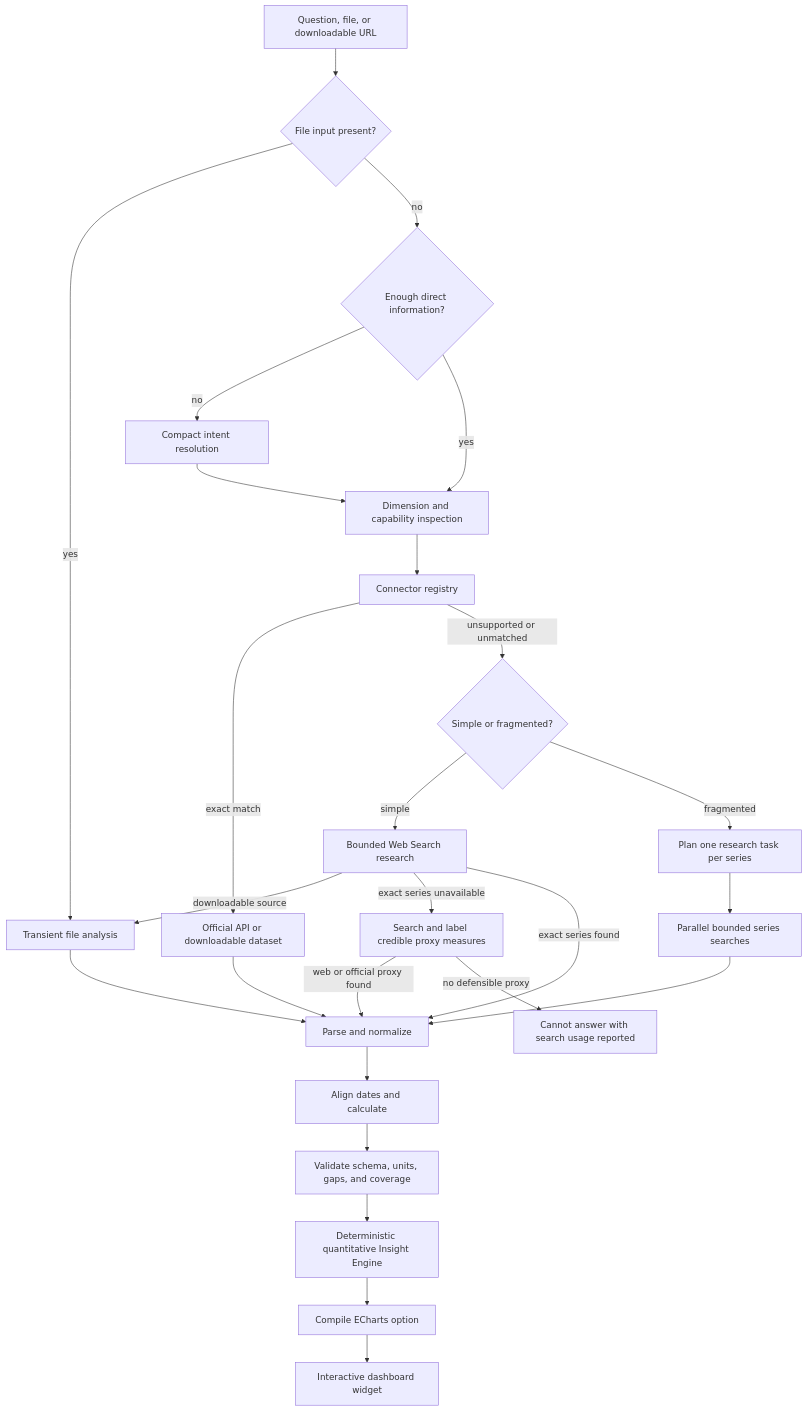
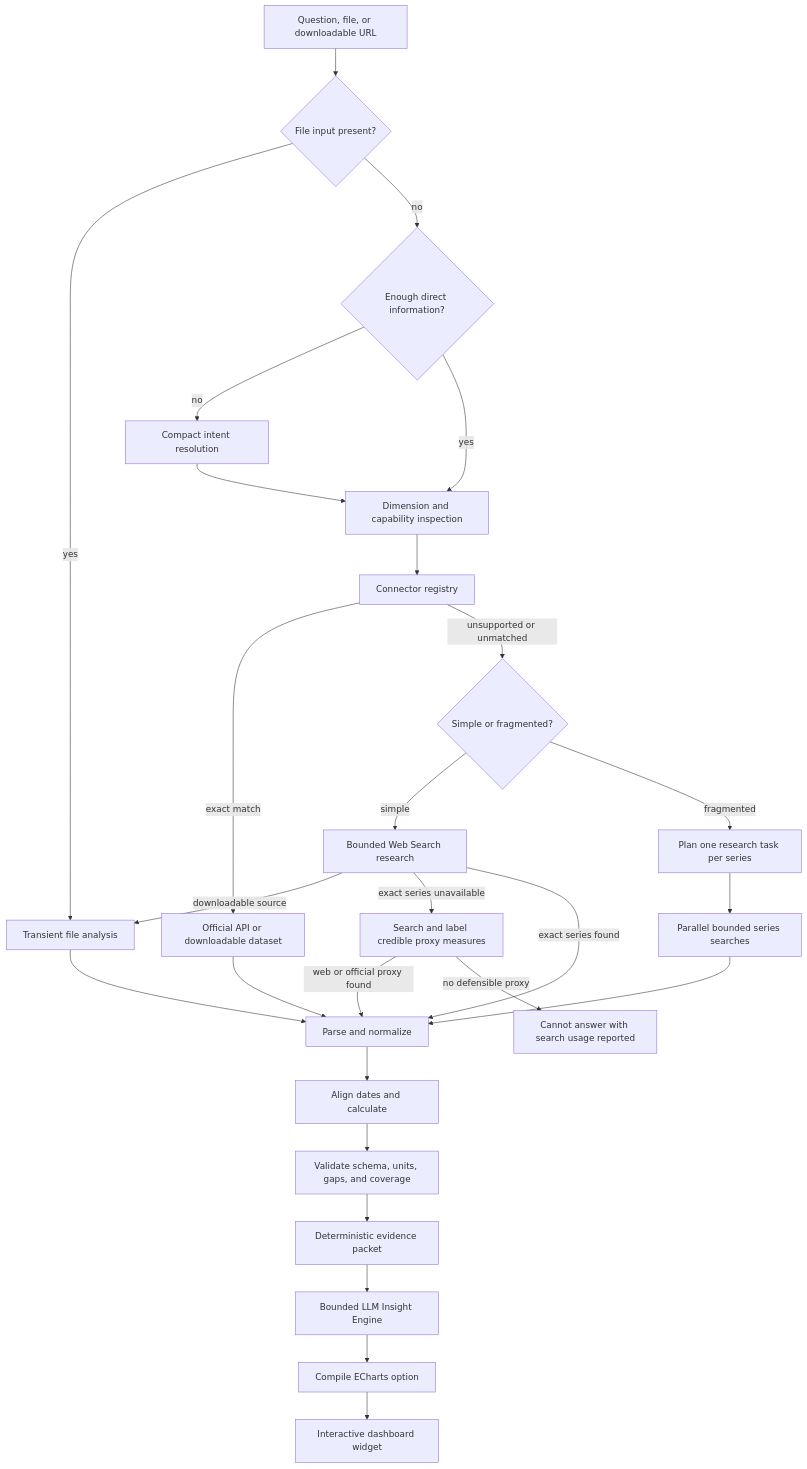
The diagram in docs/ARCHITECTURE.md (weifanwu/polaris), drawn with Mermaid before and after one commit. The commit also changed other lines of this file and 14 other files, not shown here.

````diff
--- a/docs/ARCHITECTURE.md
+++ b/docs/ARCHITECTURE.md
@@ -7,28 +7,29 @@
 ```mermaid
 flowchart TD
     A["Question, file, or downloadable URL"] --> U{"File input present?"}
     U -->|"yes"| UA["Transient file analysis"]
     U -->|"no"| B{"Enough direct information?"}
     B -->|"no"| C["Compact intent resolution"]
     B -->|"yes"| X["Dimension and capability inspection"]
     C --> X
     X --> D["Connector registry"]
     D -->|"exact match"| E["Official API or downloadable dataset"]
     D -->|"unsupported or unmatched"| R{"Simple or fragmented?"}
     R -->|"simple"| F["Bounded Web Search research"]
     R -->|"fragmented"| RP["Plan one research task per series"]
     RP --> RS["Parallel bounded series searches"]
     RS --> G
     F -->|"downloadable source"| UA
     F -->|"exact series unavailable"| P["Search and label credible proxy measures"]
     P -->|"web or official proxy found"| G
     P -->|"no defensible proxy"| Q["Cannot answer with search usage reported"]
     UA --> G["Parse and normalize"]
     E --> G
     F -->|"exact series found"| G
     G --> H["Align dates and calculate"]
     H --> I["Validate schema, units, gaps, and coverage"]
-    I --> N["Deterministic quantitative Insight Engine"]
-    N --> J["Compile ECharts option"]
+    I --> N["Deterministic evidence packet"]
+    N --> L["Bounded LLM Insight Engine"]
+    L --> J["Compile ECharts option"]
     J --> K["Interactive dashboard widget"]
 ```
````
